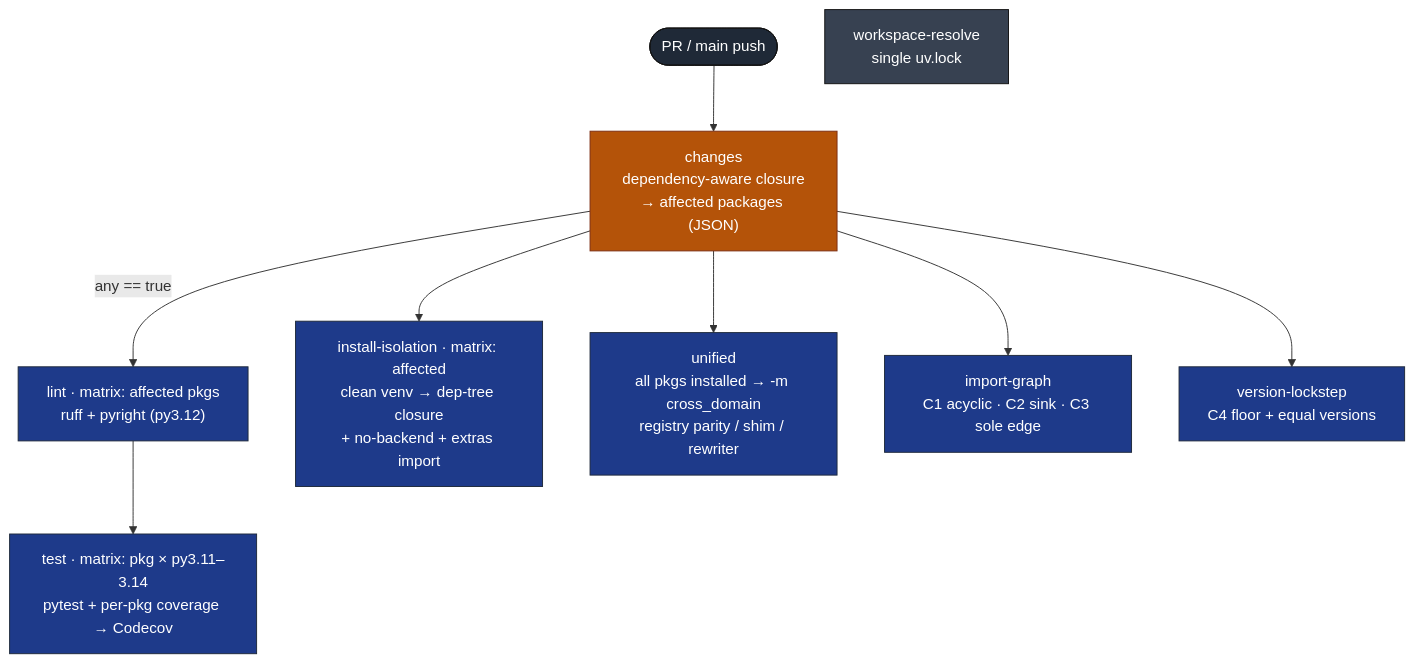
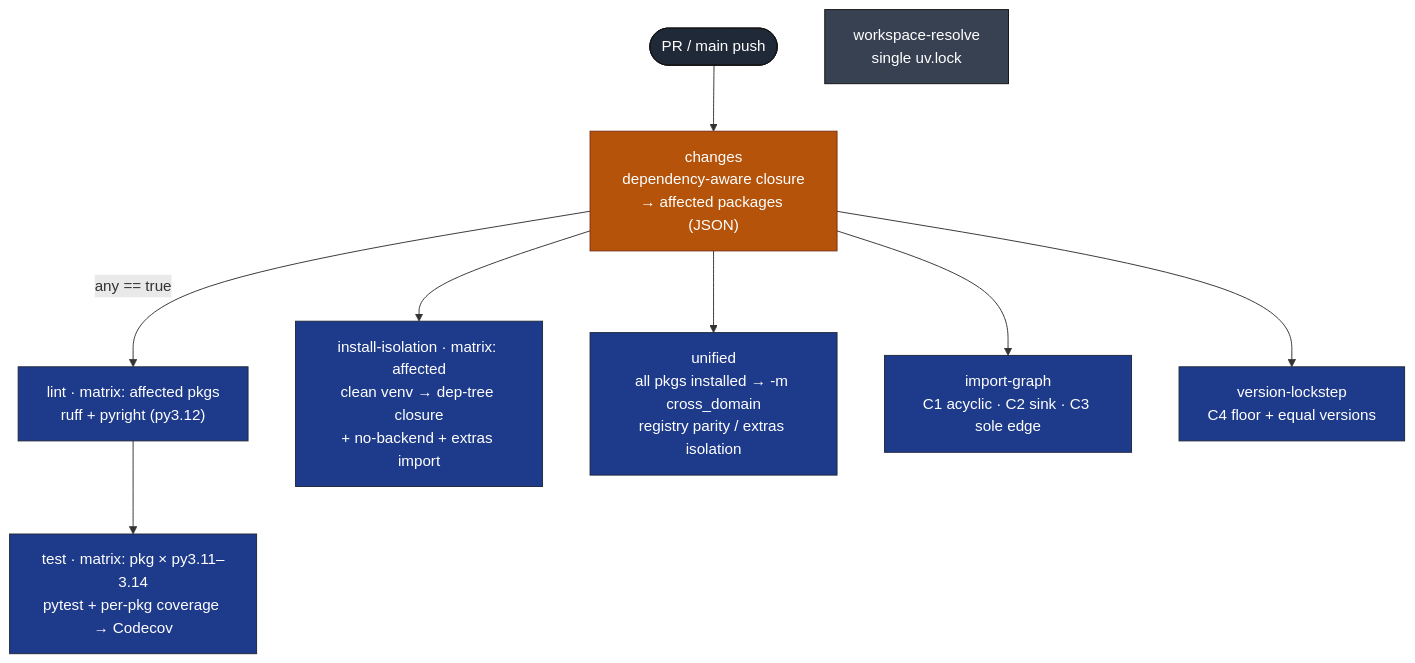
The first of 4 diagrams in docs/architecture/ci-pipelines.md (snoodleboot-io/pirn), drawn with Mermaid before and after one commit. The commit also changed other lines of this file and 775 other files, not shown here.

````diff
--- a/docs/architecture/ci-pipelines.md
+++ b/docs/architecture/ci-pipelines.md
@@ -16,19 +16,19 @@
 ```mermaid
 flowchart TD
     PR([PR / main push]):::trig --> CH
 
     CH["changes<br/>dependency-aware closure<br/>→ affected packages (JSON)"]:::gate
     WR["workspace-resolve<br/>single uv.lock"]:::ind
 
     CH -->|"any == true"| LINT["lint · matrix: affected pkgs<br/>ruff + pyright (py3.12)"]:::job
     LINT --> TEST["test · matrix: pkg × py3.11–3.14<br/>pytest + per-pkg coverage → Codecov"]:::job
     CH --> ISO["install-isolation · matrix: affected<br/>clean venv → dep-tree closure<br/>+ no-backend + extras import"]:::job
-    CH --> UNI["unified<br/>all pkgs installed → -m cross_domain<br/>registry parity / shim / rewriter"]:::job
+    CH --> UNI["unified<br/>all pkgs installed → -m cross_domain<br/>registry parity / extras isolation"]:::job
     CH --> IG["import-graph<br/>C1 acyclic · C2 sink · C3 sole edge"]:::job
     CH --> VL["version-lockstep<br/>C4 floor + equal versions"]:::job
 
     classDef trig fill:#1f2937,color:#fff,stroke:#111;
     classDef gate fill:#b45309,color:#fff,stroke:#7c2d12;
     classDef job fill:#1e3a8a,color:#fff,stroke:#1e293b;
     classDef ind fill:#374151,color:#fff,stroke:#111;
 ```
````
